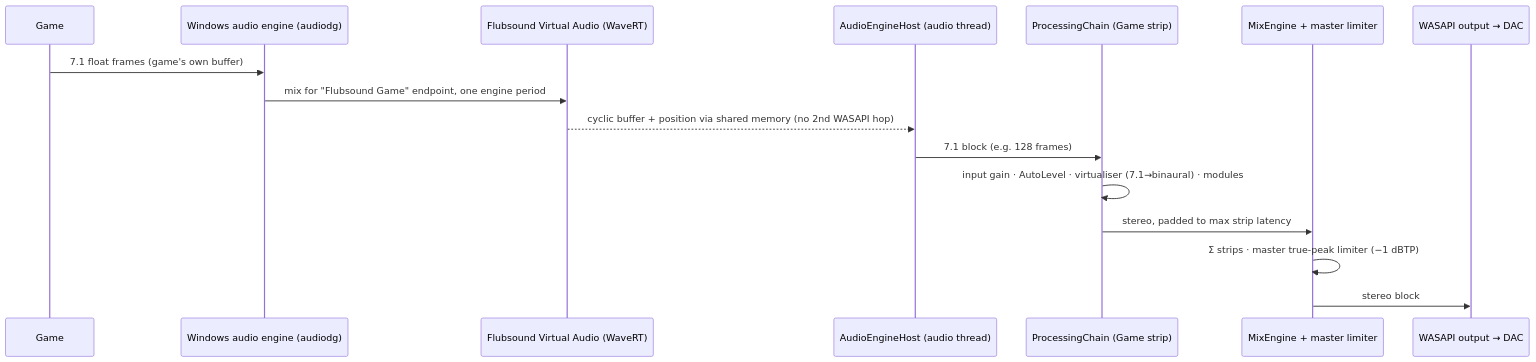
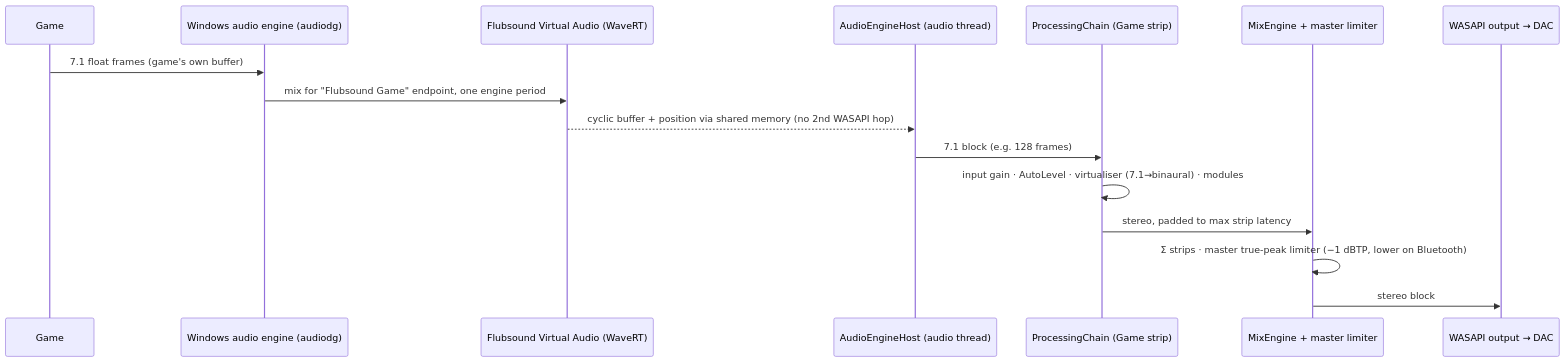
Before and after one commit to flubydooby-creator/Flubsound: the third of 4 diagrams in docs/01-architecture.md, drawn with Mermaid. The commit also changed other lines of this file and 16 other files, not shown here.

````diff
--- a/docs/01-architecture.md
+++ b/docs/01-architecture.md
@@ -141,19 +141,19 @@
 ```mermaid
 sequenceDiagram
     participant Game
     participant AE as Windows audio engine (audiodg)
     participant Drv as Flubsound Virtual Audio (WaveRT)
     participant Host as AudioEngineHost (audio thread)
     participant Strip as ProcessingChain (Game strip)
     participant Mix as MixEngine + master limiter
     participant Out as WASAPI output → DAC
 
     Game->>AE: 7.1 float frames (game's own buffer)
     AE->>Drv: mix for "Flubsound Game" endpoint, one engine period
     Drv-->>Host: cyclic buffer + position via shared memory (no 2nd WASAPI hop)
     Host->>Strip: 7.1 block (e.g. 128 frames)
     Strip->>Strip: input gain · AutoLevel · virtualiser (7.1→binaural) · modules
     Strip->>Mix: stereo, padded to max strip latency
-    Mix->>Mix: Σ strips · master true-peak limiter (−1 dBTP)
+    Mix->>Mix: Σ strips · master true-peak limiter (−1 dBTP, lower on Bluetooth)
     Mix->>Out: stereo block
 ```
````
